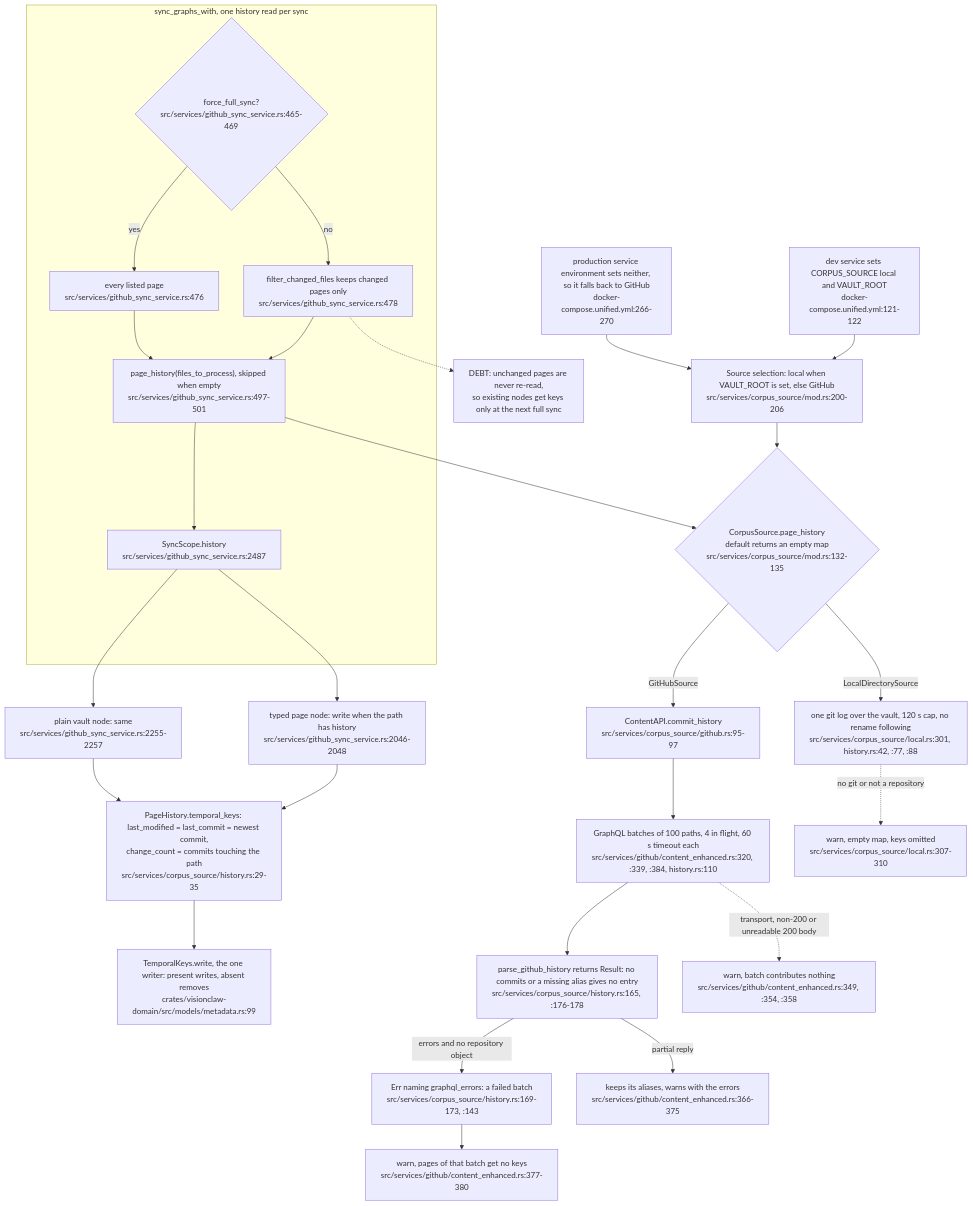
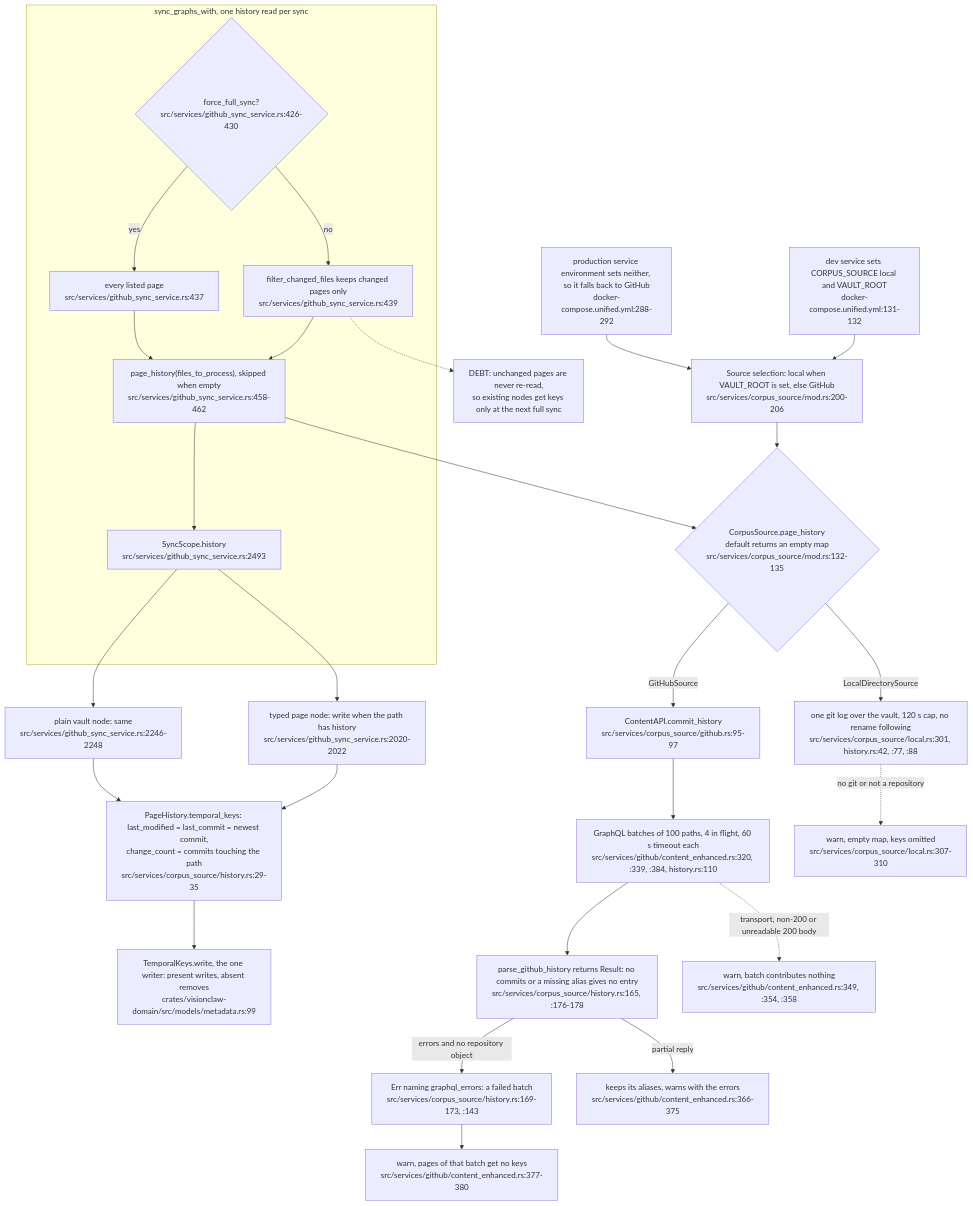
Before and after one commit to DreamLab-AI/VisionFlow: the sixth of 7 diagrams in docs/diagrams/visionclaw/21-corpus-ingest-and-vault.md, drawn with Mermaid. The commit also changed other lines of this file and 7 other files, not shown here.

````diff
--- a/docs/diagrams/visionclaw/21-corpus-ingest-and-vault.md
+++ b/docs/diagrams/visionclaw/21-corpus-ingest-and-vault.md
@@ -268,30 +268,30 @@
 ```mermaid
 flowchart TB
     subgraph SYNC["sync_graphs_with, one history read per sync"]
-        FF{"force_full_sync?<br/>src/services/github_sync_service.rs:465-469"}
-        FF -->|no| INC["filter_changed_files keeps changed pages only<br/>src/services/github_sync_service.rs:478"]
-        FF -->|yes| ALL["every listed page<br/>src/services/github_sync_service.rs:476"]
-        INC --> HR["page_history(files_to_process), skipped when empty<br/>src/services/github_sync_service.rs:497-501"]
+        FF{"force_full_sync?<br/>src/services/github_sync_service.rs:426-430"}
+        FF -->|no| INC["filter_changed_files keeps changed pages only<br/>src/services/github_sync_service.rs:439"]
+        FF -->|yes| ALL["every listed page<br/>src/services/github_sync_service.rs:437"]
+        INC --> HR["page_history(files_to_process), skipped when empty<br/>src/services/github_sync_service.rs:458-462"]
         ALL --> HR
-        HR --> SC["SyncScope.history<br/>src/services/github_sync_service.rs:2487"]
+        HR --> SC["SyncScope.history<br/>src/services/github_sync_service.rs:2493"]
     end
-    SC --> W1["typed page node: write when the path has history<br/>src/services/github_sync_service.rs:2046-2048"]
-    SC --> W2["plain vault node: same<br/>src/services/github_sync_service.rs:2255-2257"]
+    SC --> W1["typed page node: write when the path has history<br/>src/services/github_sync_service.rs:2020-2022"]
+    SC --> W2["plain vault node: same<br/>src/services/github_sync_service.rs:2246-2248"]
     W1 --> PK["PageHistory.temporal_keys: last_modified = last_commit = newest commit,<br/>change_count = commits touching the path<br/>src/services/corpus_source/history.rs:29-35"]
     W2 --> PK
     PK --> TW["TemporalKeys.write, the one writer: present writes, absent removes<br/>crates/visionclaw-domain/src/models/metadata.rs:99"]
     HR --> PORT{"CorpusSource.page_history<br/>default returns an empty map<br/>src/services/corpus_source/mod.rs:132-135"}
     PORT -->|LocalDirectorySource| GL["one git log over the vault, 120 s cap, no rename following<br/>src/services/corpus_source/local.rs:301, history.rs:42, :77, :88"]
     PORT -->|GitHubSource| GH["ContentAPI.commit_history<br/>src/services/corpus_source/github.rs:95-97"]
     GH --> GQ["GraphQL batches of 100 paths, 4 in flight, 60 s timeout each<br/>src/services/github/content_enhanced.rs:320, :339, :384, history.rs:110"]
     GQ --> GP["parse_github_history returns Result: no commits or a missing alias gives no entry<br/>src/services/corpus_source/history.rs:165, :176-178"]
     GP -->|"errors and no repository object"| GE["Err naming graphql_errors: a failed batch<br/>src/services/corpus_source/history.rs:169-173, :143"]
     GP -->|"partial reply"| PR["keeps its aliases, warns with the errors<br/>src/services/github/content_enhanced.rs:366-375"]
     GE --> FO["warn, pages of that batch get no keys<br/>src/services/github/content_enhanced.rs:377-380"]
     GQ -.->|"transport, non-200 or unreadable 200 body"| FO1["warn, batch contributes nothing<br/>src/services/github/content_enhanced.rs:349, :354, :358"]
     GL -.->|"no git or not a repository"| FO2["warn, empty map, keys omitted<br/>src/services/corpus_source/local.rs:307-310"]
     INC -.-> LOOSE["DEBT: unchanged pages are never re-read,<br/>so existing nodes get keys only at the next full sync"]
     SEL["Source selection: local when VAULT_ROOT is set, else GitHub<br/>src/services/corpus_source/mod.rs:200-206"] --> PORT
-    DEV["dev service sets CORPUS_SOURCE local and VAULT_ROOT<br/>docker-compose.unified.yml:121-122"] --> SEL
-    PROD["production service environment sets neither, so it falls back to GitHub<br/>docker-compose.unified.yml:266-270"] --> SEL
+    DEV["dev service sets CORPUS_SOURCE local and VAULT_ROOT<br/>docker-compose.unified.yml:131-132"] --> SEL
+    PROD["production service environment sets neither, so it falls back to GitHub<br/>docker-compose.unified.yml:288-292"] --> SEL
 ```
````
